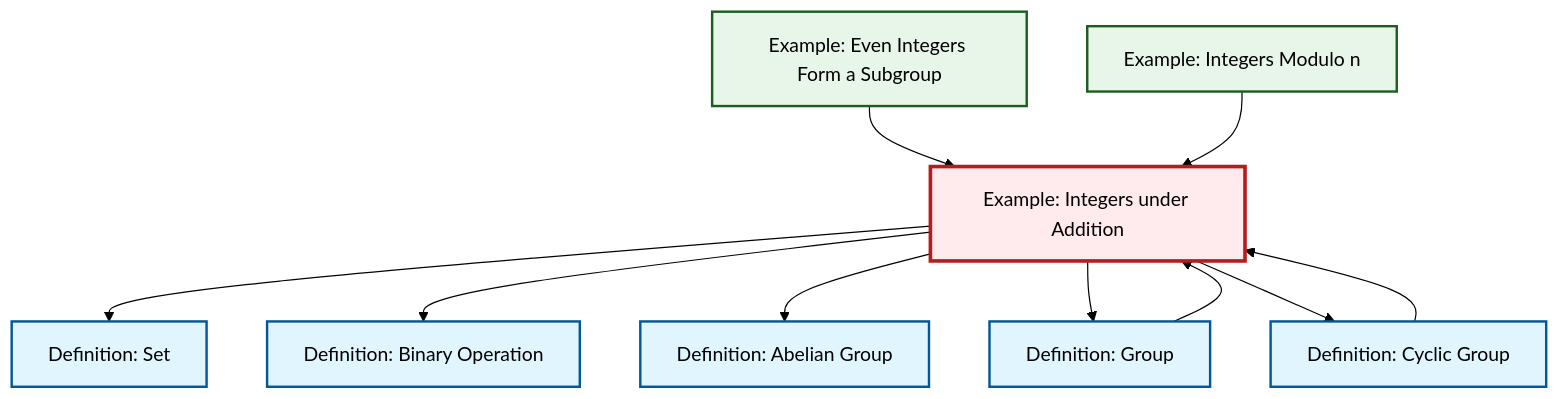
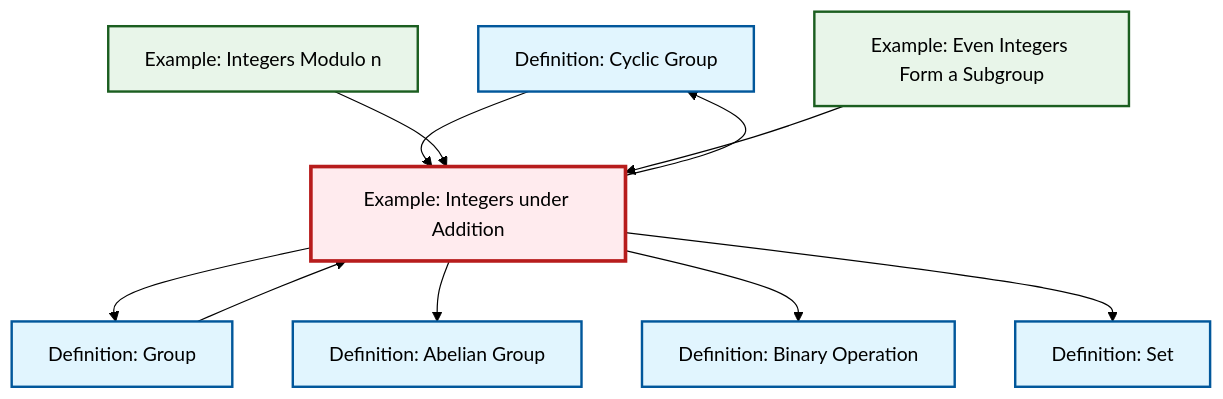
The diagram in content/en/algebra/ex-integers-addition.qmd (RK0429/ModernMath), drawn with Mermaid (forest theme) before and after one commit. The commit also changed other lines of this file and 1069 other files, not shown here.

````diff
--- a/content/en/algebra/ex-integers-addition.qmd
+++ b/content/en/algebra/ex-integers-addition.qmd
@@ -73,34 +73,34 @@
 ```{mermaid}
 %%| fig-cap: "Local dependency graph"
 graph TD
     classDef definition fill:#e1f5fe,stroke:#01579b,stroke-width:2px
     classDef theorem fill:#f3e5f5,stroke:#4a148c,stroke-width:2px
     classDef axiom fill:#fff3e0,stroke:#e65100,stroke-width:2px
     classDef example fill:#e8f5e9,stroke:#1b5e20,stroke-width:2px
     classDef current fill:#ffebee,stroke:#b71c1c,stroke-width:3px
-    ex-even-integers-subgroup["Example: Even Integers Form a Subgroup"]:::example
     def-set["Definition: Set"]:::definition
     def-cyclic-group["Definition: Cyclic Group"]:::definition
+    def-binary-operation["Definition: Binary Operation"]:::definition
+    ex-even-integers-subgroup["Example: Even Integers Form a Subgroup"]:::example
     ex-integers-addition["Example: Integers under Addition"]:::example
-    def-group["Definition: Group"]:::definition
-    def-binary-operation["Definition: Binary Operation"]:::definition
     def-abelian-group["Definition: Abelian Group"]:::definition
     ex-quotient-integers-mod-n["Example: Integers Modulo n"]:::example
+    def-group["Definition: Group"]:::definition
+    ex-integers-addition --> def-cyclic-group
+    ex-integers-addition --> def-group
+    def-group --> ex-integers-addition
+    def-cyclic-group --> ex-integers-addition
+    ex-quotient-integers-mod-n --> ex-integers-addition
+    ex-integers-addition --> def-abelian-group
+    ex-even-integers-subgroup --> ex-integers-addition
+    ex-integers-addition --> def-binary-operation
     ex-integers-addition --> def-set
-    def-cyclic-group --> ex-integers-addition
-    ex-integers-addition --> def-binary-operation
-    ex-integers-addition --> def-abelian-group
-    ex-integers-addition --> def-group
-    ex-even-integers-subgroup --> ex-integers-addition
-    def-group --> ex-integers-addition
-    ex-quotient-integers-mod-n --> ex-integers-addition
-    ex-integers-addition --> def-cyclic-group
     class ex-integers-addition current
-    click ex-even-integers-subgroup "ex-even-integers-subgroup.html" "Go to Even Integers Form a Subgroup example"
     click def-set "def-set.html" "Go to Set definition"
     click def-cyclic-group "def-cyclic-group.html" "Go to Cyclic Group definition"
-    click def-group "def-group.html" "Go to Group definition"
     click def-binary-operation "def-binary-operation.html" "Go to Binary Operation definition"
+    click ex-even-integers-subgroup "ex-even-integers-subgroup.html" "Go to Even Integers Form a Subgroup example"
     click def-abelian-group "def-abelian-group.html" "Go to Abelian Group definition"
     click ex-quotient-integers-mod-n "ex-quotient-integers-mod-n.html" "Go to Integers Modulo n example"
+    click def-group "def-group.html" "Go to Group definition"
 ```
````
